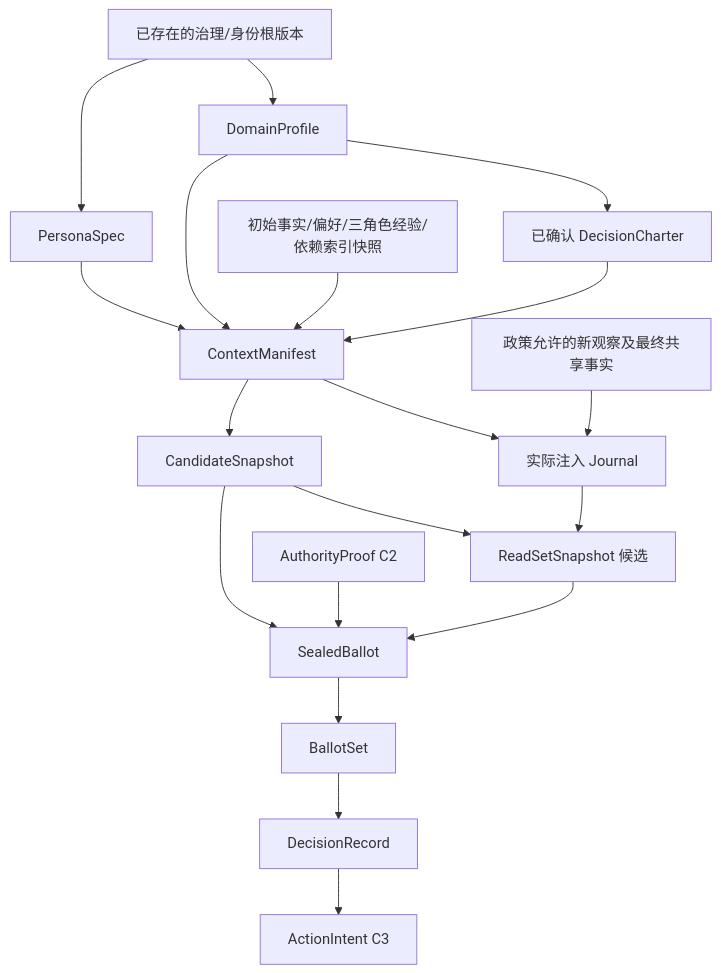
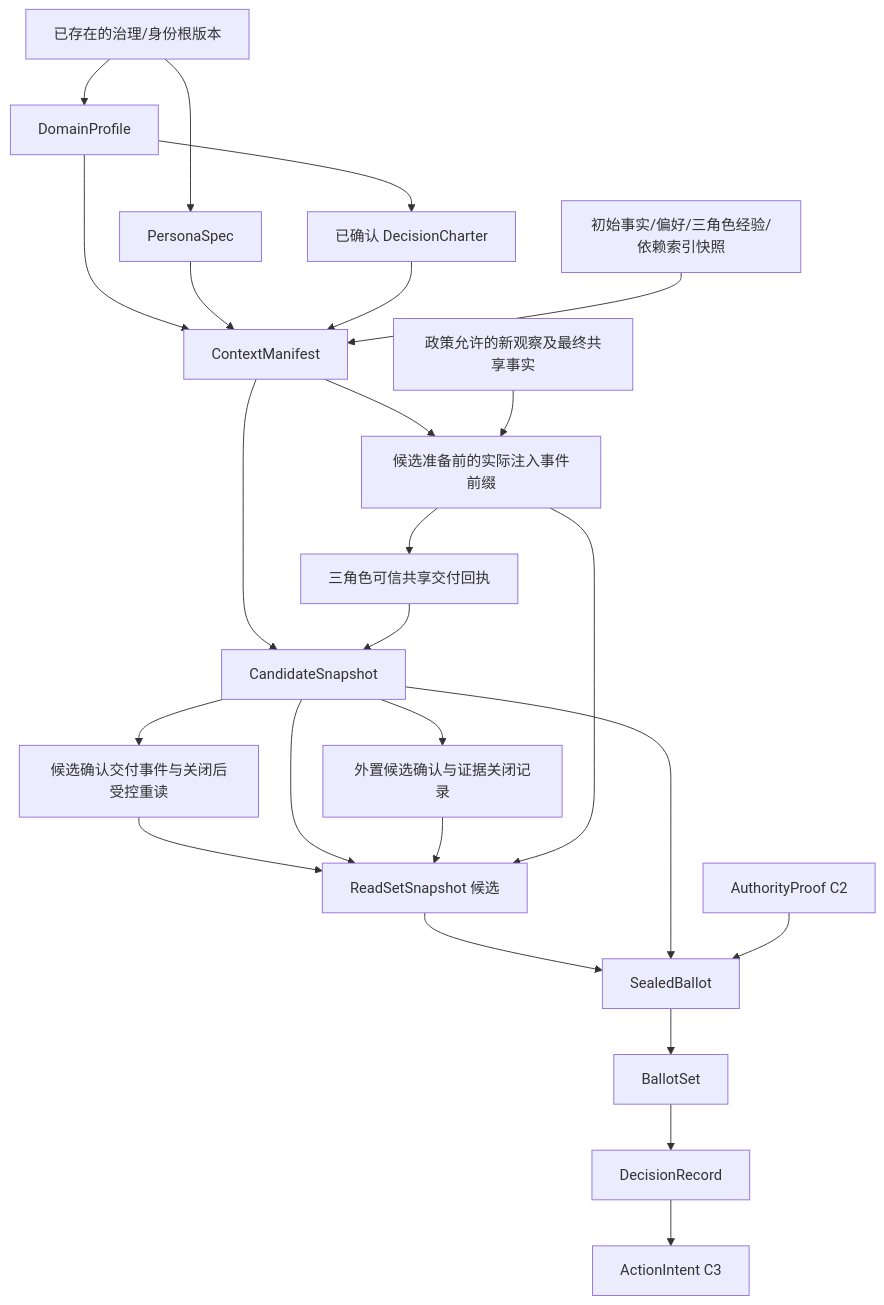
Before and after one commit to jamespud/MAGI-system: the second of 2 diagrams in docs/input-artifact-contract.md, drawn with Mermaid. The commit also changed other lines of this file and 2 other files, not shown here.

````diff
--- a/docs/input-artifact-contract.md
+++ b/docs/input-artifact-contract.md
@@ -371,21 +472,27 @@
 ```mermaid
 graph TD
   Root[已存在的治理/身份根版本] --> D[DomainProfile]
   Root --> P[PersonaSpec]
   D --> C[已确认 DecisionCharter]
   D --> M[ContextManifest]
   P --> M
   C --> M
   S[初始事实/偏好/三角色经验/依赖索引快照] --> M
-  M --> J[实际注入 Journal]
+  M --> J[候选准备前的实际注入事件前缀]
   O[政策允许的新观察及最终共享事实] --> J
+  J --> Q[三角色可信共享交付回执]
   M --> K[CandidateSnapshot]
+  Q --> K
+  K --> JC[候选确认交付事件与关闭后受控重读]
+  JC --> R
+  K --> EC[外置候选确认与证据关闭记录]
   K --> R[ReadSetSnapshot 候选]
+  EC --> R
   J --> R
   R --> B[SealedBallot]
   K --> B
   A[AuthorityProof C2] --> B
   B --> BS[BallotSet]
   BS --> DR[DecisionRecord]
   DR --> AI[ActionIntent C3]
 ```
````
